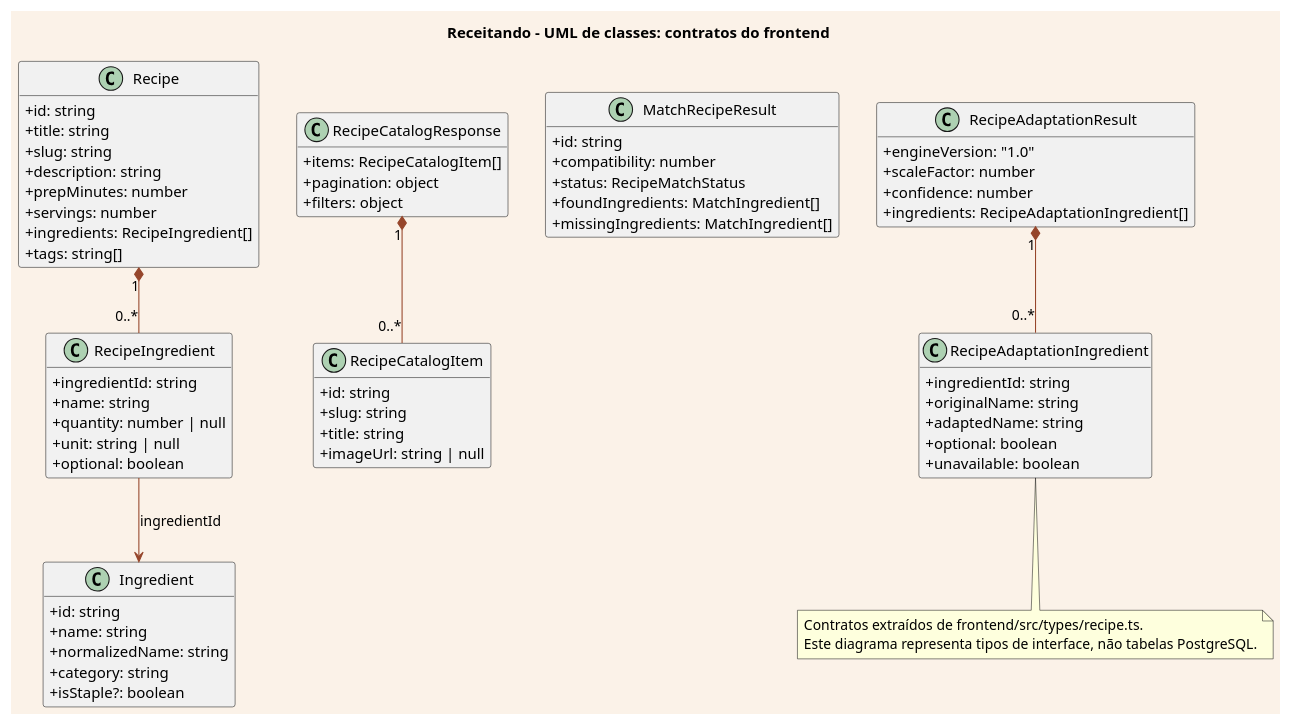
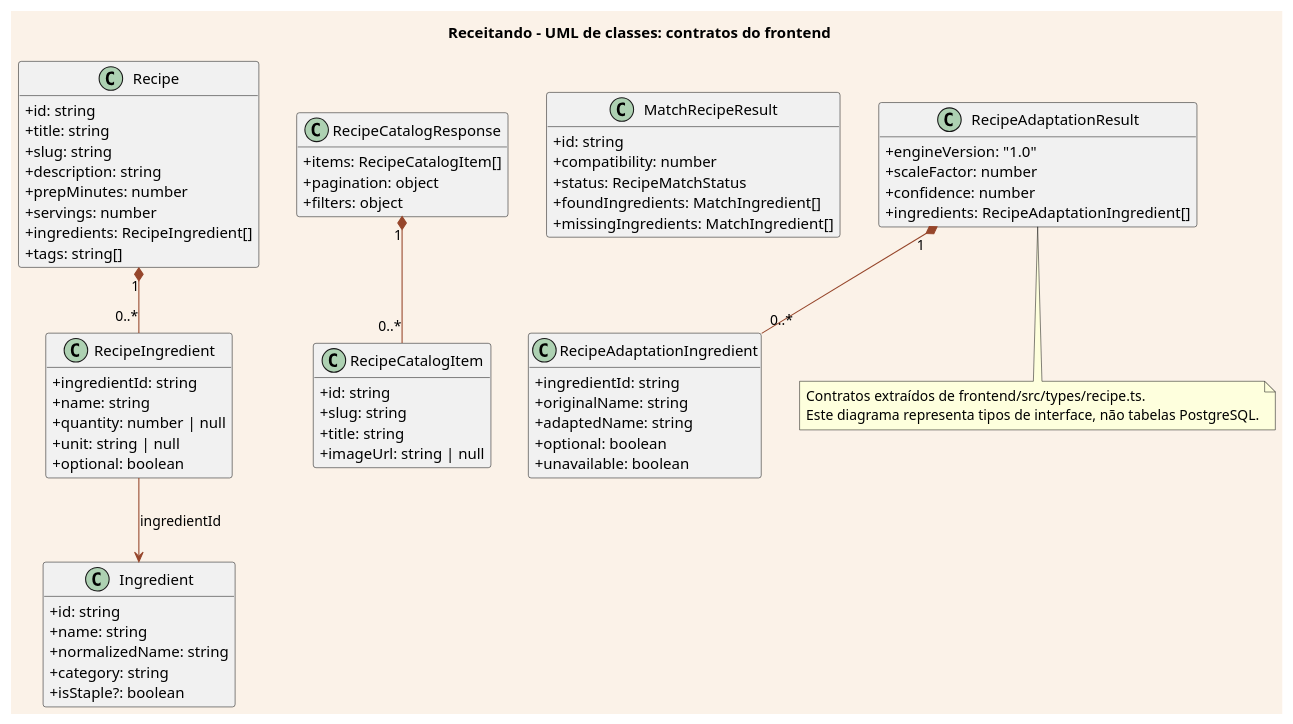
One commit to pitado/receitando changed the diagram in receitando-contratos-dados-frontend.puml. Above: the diagram before and after it, drawn with PlantUML.

Commit message:
docs: ajustar sintaxe de nota PlantUML no diagrama de contratos

```diff
--- a/receitando-contratos-dados-frontend.puml
+++ b/receitando-contratos-dados-frontend.puml
@@ -1,74 +1,74 @@
 @startuml
 title Receitando - UML de classes: contratos do frontend
 ' Receitando - UML textual versionado; banco real: Neon PostgreSQL via Hyperdrive.
 skinparam backgroundColor #FBF2E8
 skinparam defaultFontName Arial
 skinparam ArrowColor #96462B
 skinparam Shadowing false
 
 hide empty members
 skinparam classAttributeIconSize 0
 class Recipe {
   +id: string
   +title: string
   +slug: string
   +description: string
   +prepMinutes: number
   +servings: number
   +ingredients: RecipeIngredient[]
   +tags: string[]
 }
 class Ingredient {
   +id: string
   +name: string
   +normalizedName: string
   +category: string
   +isStaple?: boolean
 }
 class RecipeIngredient {
   +ingredientId: string
   +name: string
   +quantity: number | null
   +unit: string | null
   +optional: boolean
 }
 class RecipeCatalogResponse {
   +items: RecipeCatalogItem[]
   +pagination: object
   +filters: object
 }
 class RecipeCatalogItem {
   +id: string
   +slug: string
   +title: string
   +imageUrl: string | null
 }
 class MatchRecipeResult {
   +id: string
   +compatibility: number
   +status: RecipeMatchStatus
   +foundIngredients: MatchIngredient[]
   +missingIngredients: MatchIngredient[]
 }
 class RecipeAdaptationResult {
   +engineVersion: "1.0"
   +scaleFactor: number
   +confidence: number
   +ingredients: RecipeAdaptationIngredient[]
 }
 class RecipeAdaptationIngredient {
   +ingredientId: string
   +originalName: string
   +adaptedName: string
   +optional: boolean
   +unavailable: boolean
 }
 Recipe "1" *-- "0..*" RecipeIngredient
 RecipeIngredient --> Ingredient : ingredientId
 RecipeCatalogResponse "1" *-- "0..*" RecipeCatalogItem
 RecipeAdaptationResult "1" *-- "0..*" RecipeAdaptationIngredient
-note bottom
+note bottom of RecipeAdaptationResult
   Contratos extraídos de frontend/src/types/recipe.ts.
   Este diagrama representa tipos de interface, não tabelas PostgreSQL.
 end note
 @enduml
```
